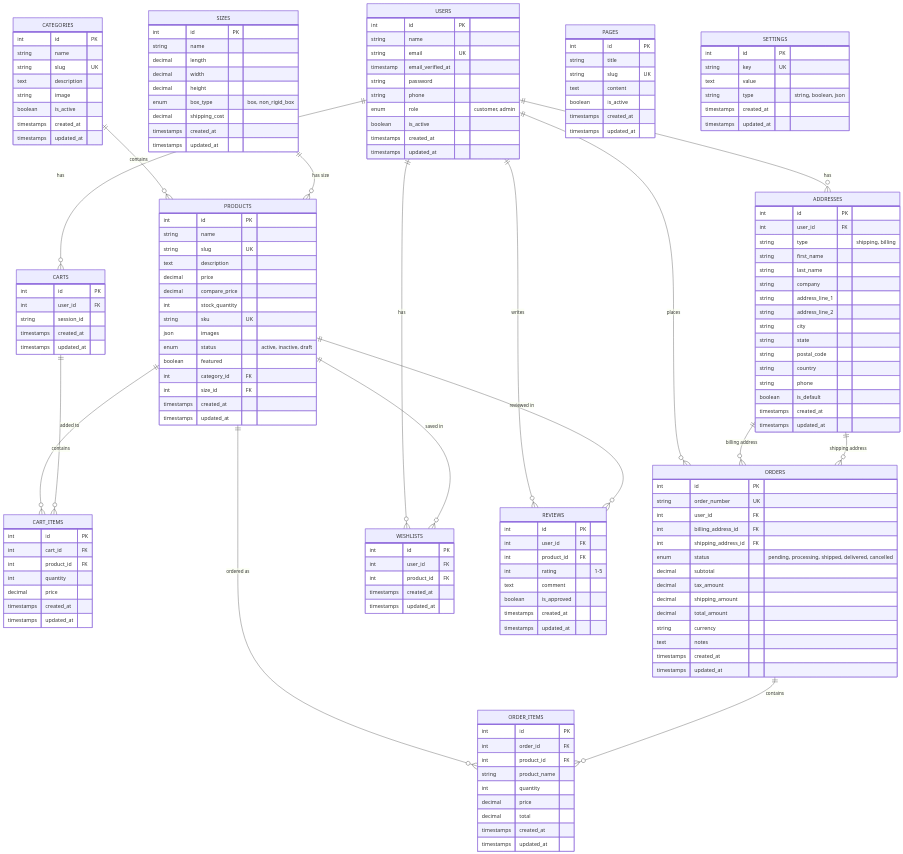
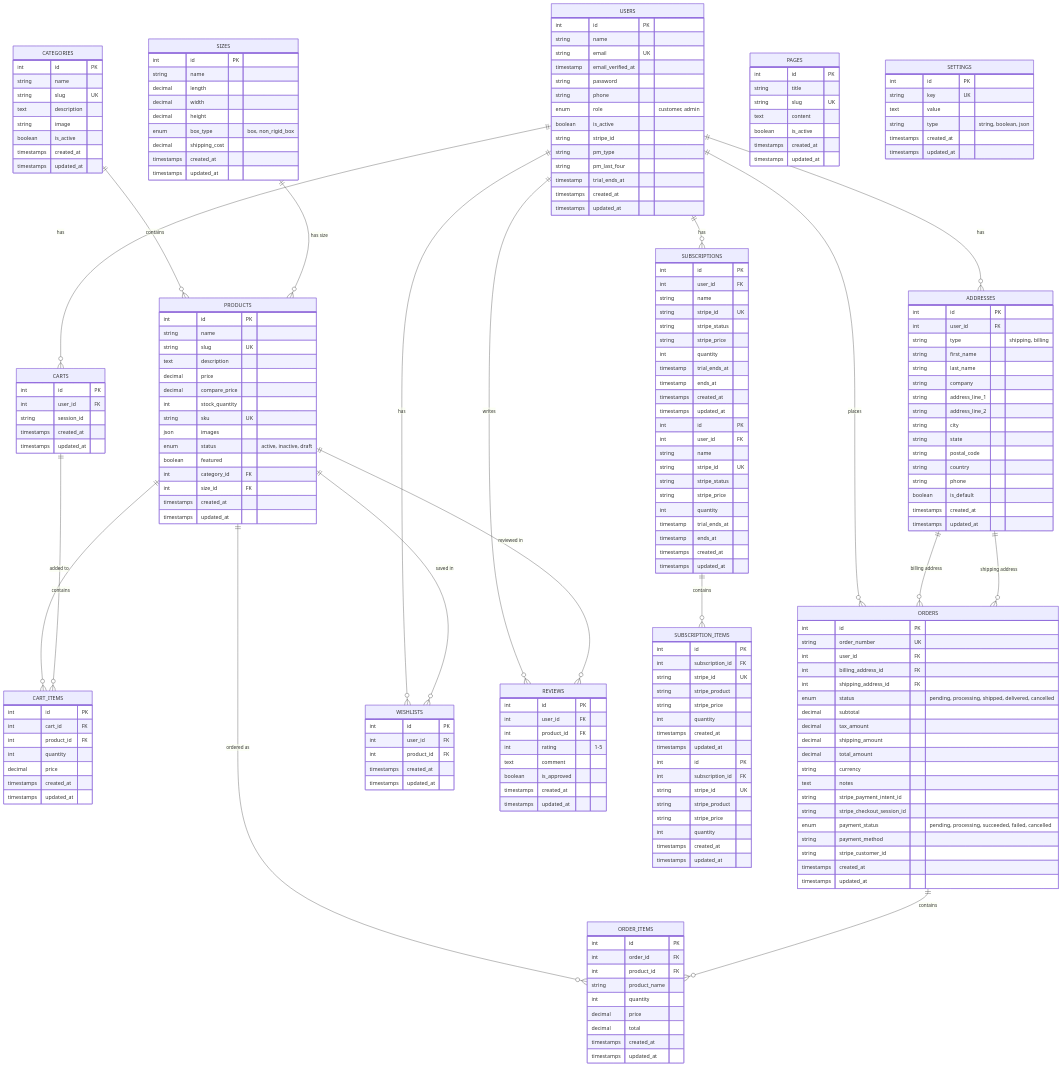
The diagram in docs/database.md (D3stan/rsp-ecom), drawn with Mermaid before and after one commit. The commit also changed other lines of this file and 15 other files, not shown here.

````diff
--- a/docs/database.md
+++ b/docs/database.md
@@ -474,6 +559,10 @@
         string phone
         enum role "customer, admin"
         boolean is_active
+        string stripe_id
+        string pm_type
+        string pm_last_four
+        timestamp trial_ends_at
         timestamps created_at
         timestamps updated_at
     }
@@ -569,6 +658,11 @@
         decimal total_amount
         string currency
         text notes
+        string stripe_payment_intent_id
+        string stripe_checkout_session_id
+        enum payment_status "pending, processing, succeeded, failed, cancelled"
+        string payment_method
+        string stripe_customer_id
         timestamps created_at
         timestamps updated_at
     }
@@ -623,12 +717,63 @@
         timestamps updated_at
     }
 
+    SUBSCRIPTIONS {
+        int id PK
+        int user_id FK
+        string name
+        string stripe_id UK
+        string stripe_status
+        string stripe_price
+        int quantity
+        timestamp trial_ends_at
+        timestamp ends_at
+        timestamps created_at
+        timestamps updated_at
+    }
+
+    SUBSCRIPTION_ITEMS {
+        int id PK
+        int subscription_id FK
+        string stripe_id UK
+        string stripe_product
+        string stripe_price
+        int quantity
+        timestamps created_at
+        timestamps updated_at
+    }
+
+    SUBSCRIPTIONS {
+        int id PK
+        int user_id FK
+        string name
+        string stripe_id UK
+        string stripe_status
+        string stripe_price
+        int quantity
+        timestamp trial_ends_at
+        timestamp ends_at
+        timestamps created_at
+        timestamps updated_at
+    }
+
+    SUBSCRIPTION_ITEMS {
+        int id PK
+        int subscription_id FK
+        string stripe_id UK
+        string stripe_product
+        string stripe_price
+        int quantity
+        timestamps created_at
+        timestamps updated_at
+    }
+
     %% Relationships
     USERS ||--o{ ADDRESSES : has
     USERS ||--o{ CARTS : has
     USERS ||--o{ ORDERS : places
     USERS ||--o{ WISHLISTS : has
     USERS ||--o{ REVIEWS : writes
+    USERS ||--o{ SUBSCRIPTIONS : has
 
     ADDRESSES ||--o{ ORDERS : "billing address"
     ADDRESSES ||--o{ ORDERS : "shipping address"
@@ -643,4 +788,5 @@
 
     CARTS ||--o{ CART_ITEMS : contains
     ORDERS ||--o{ ORDER_ITEMS : contains
+    SUBSCRIPTIONS ||--o{ SUBSCRIPTION_ITEMS : contains
 ```
````
